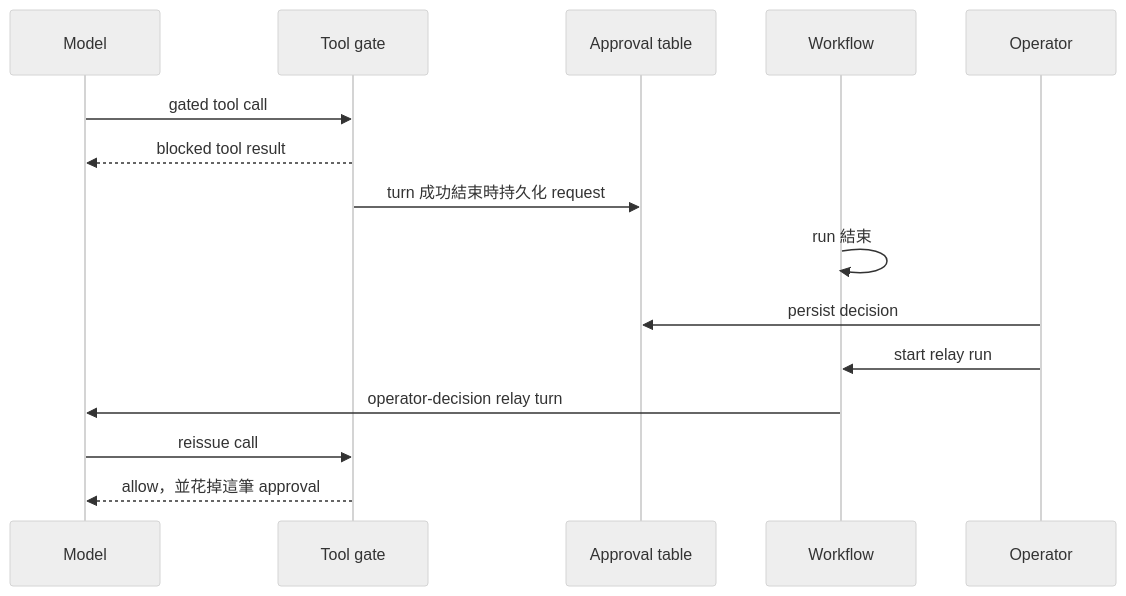
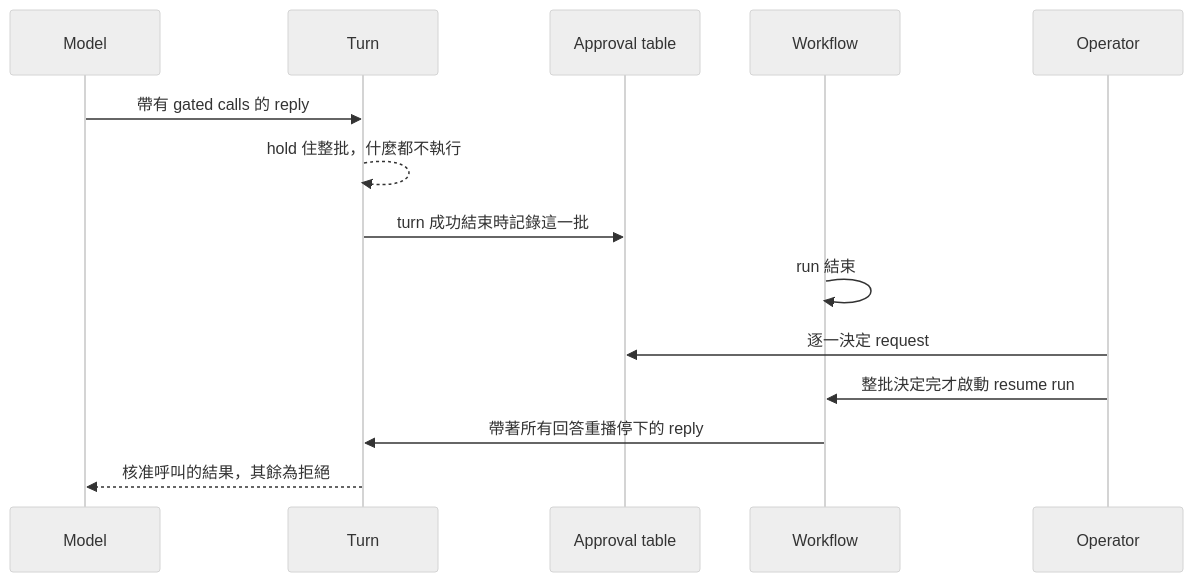
Before and after one commit to Chia1104/chia1104.dev: the third of 3 diagrams in docs/agent-architecture.zh.md, drawn with Mermaid (neutral theme). The commit also changed other lines of this file and 43 other files, not shown here.

````diff
--- a/docs/agent-architecture.zh.md
+++ b/docs/agent-architecture.zh.md
@@ -193,18 +193,17 @@
 ```mermaid
 sequenceDiagram
     participant M as Model
-    participant G as Tool gate
+    participant T as Turn
     participant DB as Approval table
     participant WF as Workflow
     participant U as Operator
 
-    M->>G: gated tool call
-    G-->>M: blocked tool result
-    G->>DB: turn 成功結束時持久化 request
+    M->>T: 帶有 gated calls 的 reply
+    T-->>T: hold 住整批，什麼都不執行
+    T->>DB: turn 成功結束時記錄這一批
     WF->>WF: run 結束
-    U->>DB: persist decision
-    U->>WF: start relay run
-    WF->>M: operator-decision relay turn
-    M->>G: reissue call
-    G-->>M: allow，並花掉這筆 approval
+    U->>DB: 逐一決定 request
+    U->>WF: 整批決定完才啟動 resume run
+    WF->>T: 帶著所有回答重播停下的 reply
+    T-->>M: 核准呼叫的結果，其餘為拒絕
 ```
````
